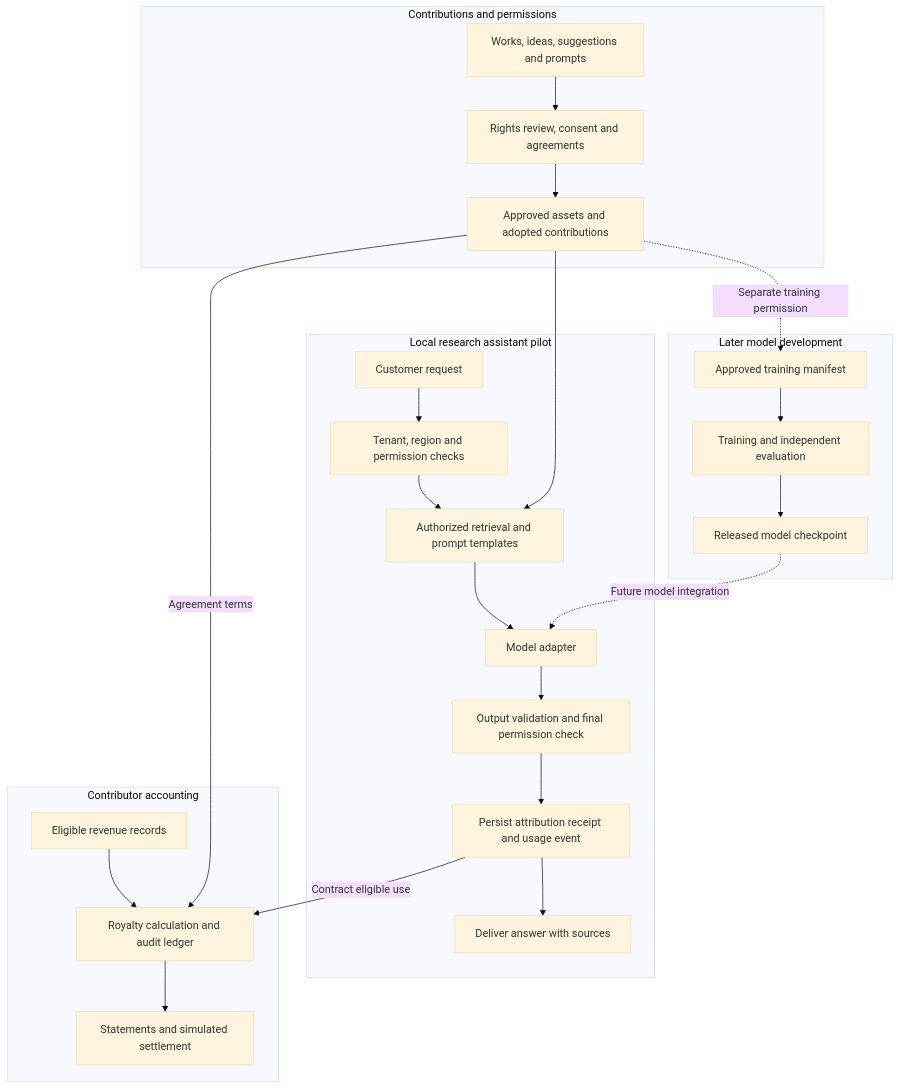
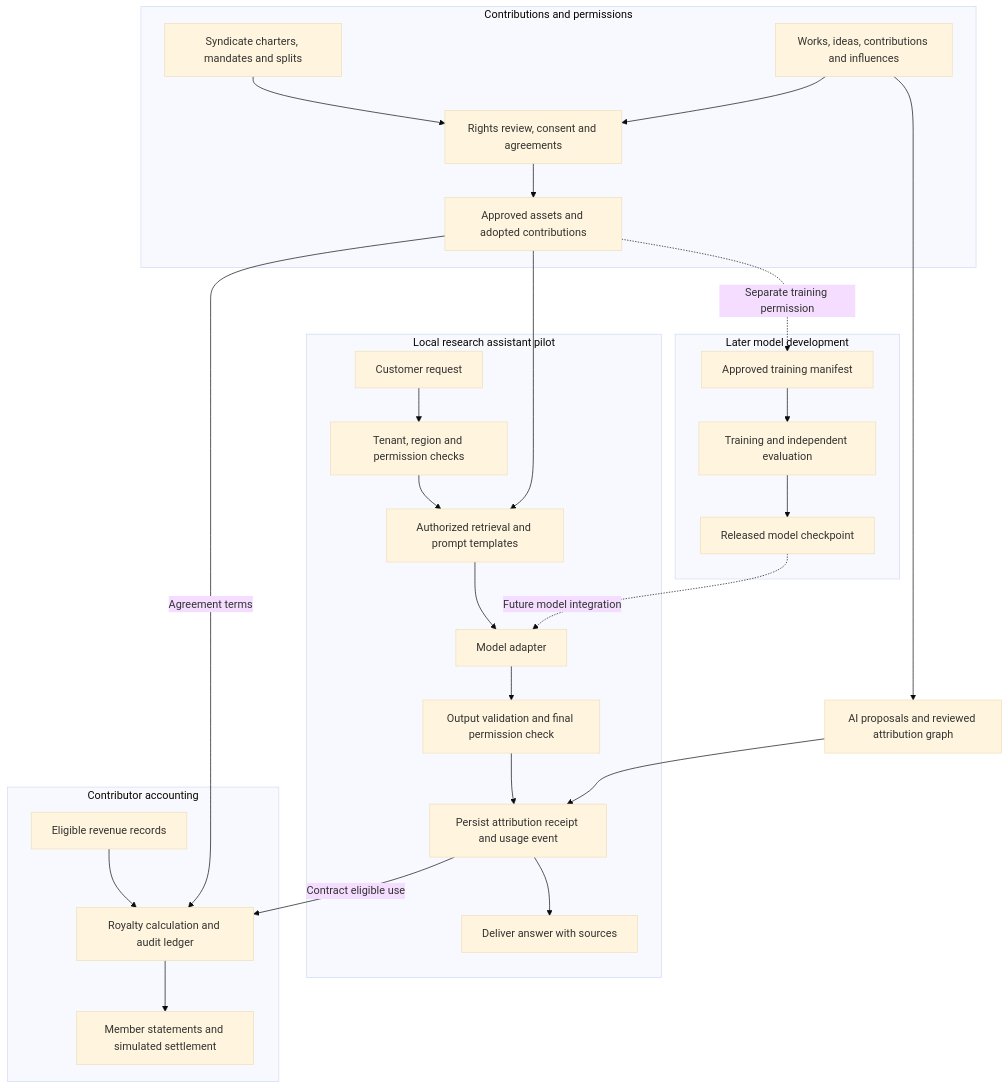
The diagram in README.md (niccolox/sovsrc.llm-ip-ideas), drawn with Mermaid (base theme) before and after one commit. The commit also changed other lines of this file and 1 other file, not shown here.

````diff
--- a/README.md
+++ b/README.md
@@ -20,40 +36,44 @@
 ```mermaid
 flowchart TD
     subgraph Intake[Contributions and permissions]
-        A[Works, ideas, suggestions and prompts]
+        A[Works, ideas, contributions and influences]
         B[Rights review, consent and agreements]
         C[Approved assets and adopted contributions]
+        Y[Syndicate charters, mandates and splits]
+        Y --> B
         A --> B --> C
     end
 
     subgraph Pilot[Local research assistant pilot]
         U[Customer request]
         P[Tenant, region and permission checks]
         D[Authorized retrieval and prompt templates]
         M[Model adapter]
         V[Output validation and final permission check]
         E[Persist attribution receipt and usage event]
         O[Deliver answer with sources]
         U --> P --> D --> M --> V --> E --> O
     end
 
     subgraph Accounting[Contributor accounting]
         R[Eligible revenue records]
         L[Royalty calculation and audit ledger]
-        S[Statements and simulated settlement]
+        S[Member statements and simulated settlement]
         R --> L --> S
     end
 
     subgraph Research[Later model development]
         T[Approved training manifest]
         F[Training and independent evaluation]
         K[Released model checkpoint]
         T --> F --> K
     end
 
     C --> D
+    A --> G[AI proposals and reviewed attribution graph]
+    G --> E
     C -->|Agreement terms| L
     E -->|Contract eligible use| L
     C -.->|Separate training permission| T
     K -.->|Future model integration| M
 ```
````
